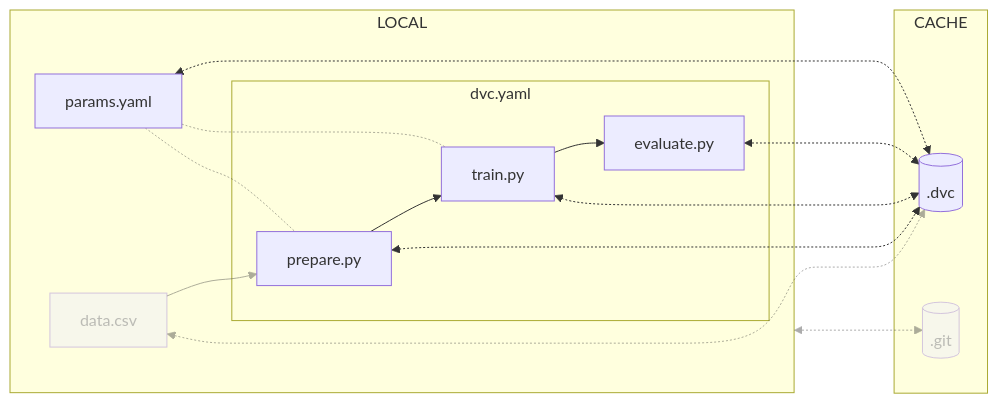
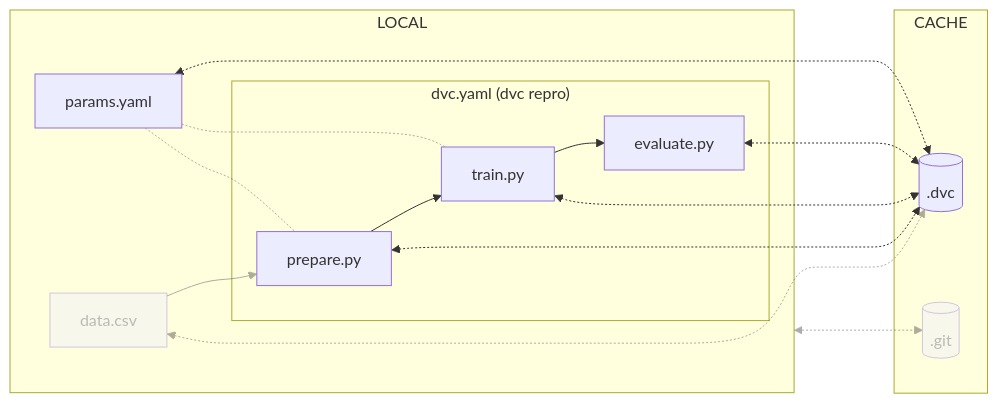
The diagram in docs/part-1-local-training-and-model-evaluation/chapter-4-reproduce-the-ml-experiment-with-dvc/index.md (swiss-ai-center/a-guide-to-mlops), drawn with Mermaid before and after one commit. The commit also changed 6 other files, not shown here.

Commit message:
Add dvc repro in graphs

````diff
--- a/docs/part-1-local-training-and-model-evaluation/chapter-4-reproduce-the-ml-experiment-with-dvc/index.md
+++ b/docs/part-1-local-training-and-model-evaluation/chapter-4-reproduce-the-ml-experiment-with-dvc/index.md
@@ -27,31 +27,31 @@
 ```mermaid
 flowchart LR
 	dot_dvc[(.dvc)]
 	dot_git[(.git)]
 	data[data.csv] <-.-> dot_dvc
     localGraph <-....-> dot_git
 	subgraph cacheGraph[CACHE]
 		dot_dvc
 		dot_git
 	end
 	subgraph localGraph[LOCAL]
 		prepare[prepare.py] <-.-> dot_dvc
 		train[train.py] <-.-> dot_dvc
 		evaluate[evaluate.py] <-.-> dot_dvc
 		data --> prepare
-		subgraph dvcGraph[dvc.yaml]
+		subgraph dvcGraph["dvc.yaml (dvc repro)"]
 			prepare --> train
 			train --> evaluate
 		end
         params[params.yaml] -.- prepare
         params -.- train
         params <-.-> dot_dvc
 	end
     style dot_git opacity:0.4,color:#7f7f7f80
     style data opacity:0.4,color:#7f7f7f80
     linkStyle 0 opacity:0.4,color:#7f7f7f80
     linkStyle 1 opacity:0.4,color:#7f7f7f80
     linkStyle 5 opacity:0.4,color:#7f7f7f80
     linkStyle 8 opacity:0.4,color:#7f7f7f80
     linkStyle 9 opacity:0.4,color:#7f7f7f80
 ```
````
